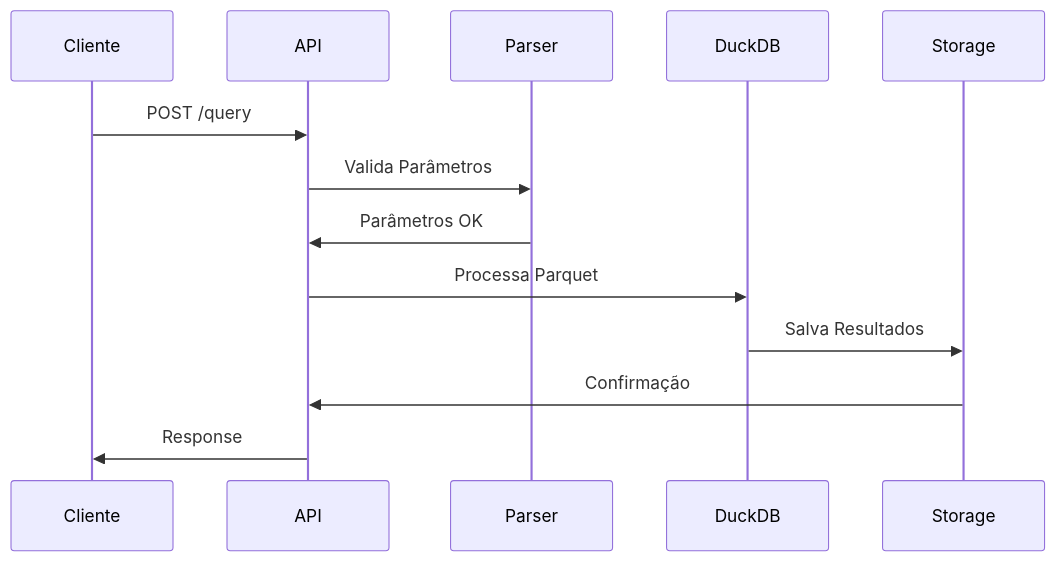
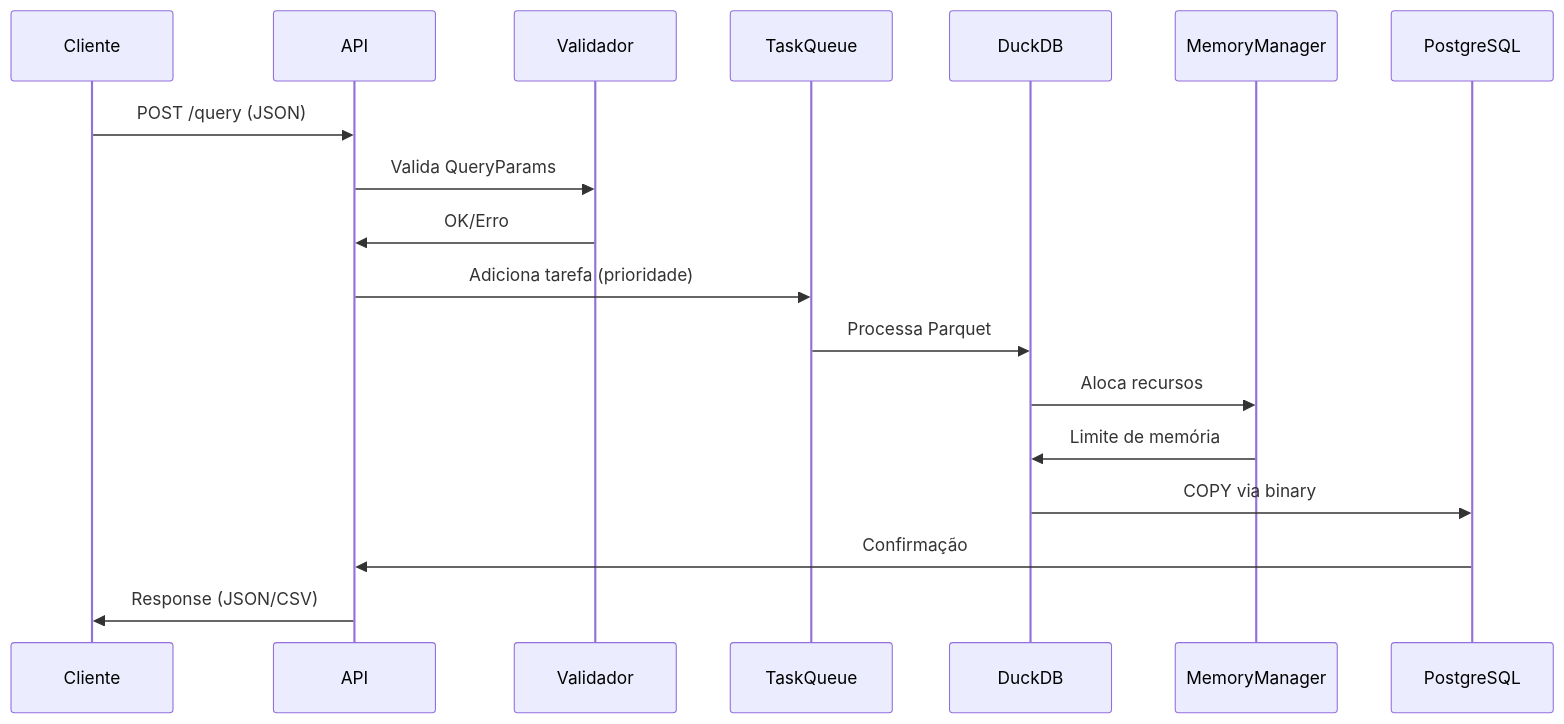
One commit to cayoc9/pysus_extract changed the second of 2 diagrams in docs/processo_datasusapi.md. Above: the diagram before and after it, drawn with Mermaid. The commit also changed other lines of this file and 3 other files, not shown here.

````diff
--- a/docs/processo_datasusapi.md
+++ b/docs/processo_datasusapi.md
@@ -39,16 +39,21 @@
 ```mermaid
 sequenceDiagram
-    participant C as Cliente
-    participant A as API
-    participant P as Parser
-    participant D as DuckDB
-    participant S as Storage
+    participant Cliente
+    participant API
+    participant Validador
+    participant TaskQueue
+    participant DuckDB
+    participant MemoryManager
+    participant PostgreSQL
     
-    C->>A: POST /query
-    A->>P: Valida Parâmetros
-    P->>A: Parâmetros OK
-    A->>D: Processa Parquet
-    D->>S: Salva Resultados
-    S->>A: Confirmação
-    A->>C: Response
+    Cliente->>API: POST /query (JSON)
+    API->>Validador: Valida QueryParams
+    Validador->>API: OK/Erro
+    API->>TaskQueue: Adiciona tarefa (prioridade)
+    TaskQueue->>DuckDB: Processa Parquet
+    DuckDB->>MemoryManager: Aloca recursos
+    MemoryManager->>DuckDB: Limite de memória
+    DuckDB->>PostgreSQL: COPY via binary
+    PostgreSQL->>API: Confirmação
+    API->>Cliente: Response (JSON/CSV)
 ```
````
